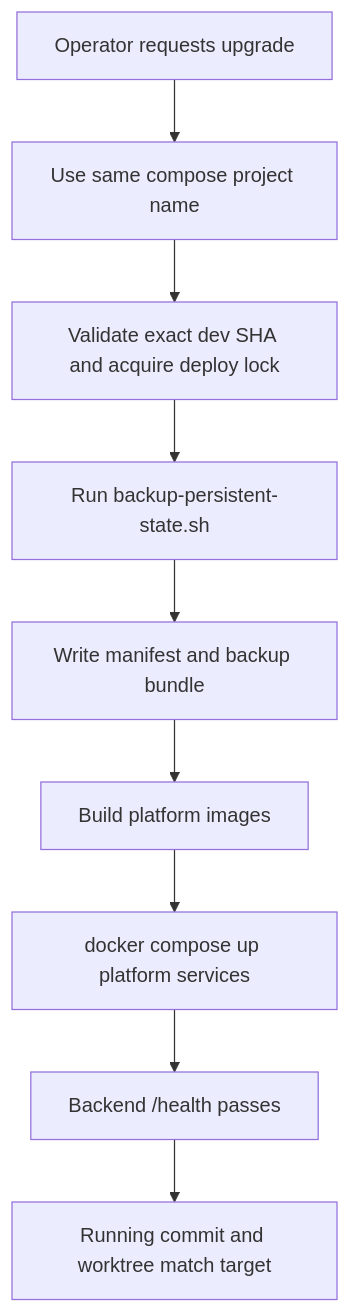
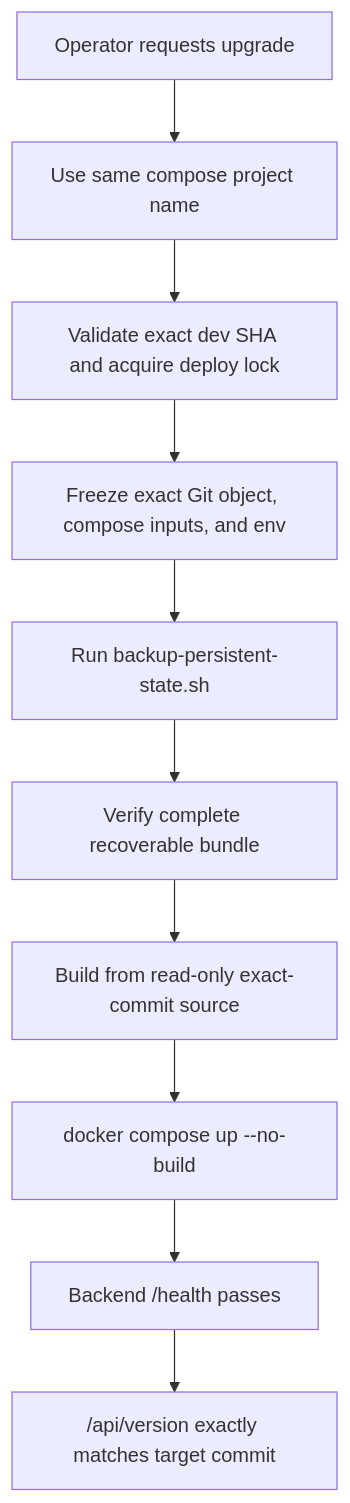
Before and after one commit to flashcrafter-ai-admin/trinity: the diagram in docs/memory/feature-flows/safe-upgrade-persistent-state.md, drawn with Mermaid. The commit also changed other lines of this file and 18 other files, not shown here.

````diff
--- a/docs/memory/feature-flows/safe-upgrade-persistent-state.md
+++ b/docs/memory/feature-flows/safe-upgrade-persistent-state.md
@@ -21,11 +21,12 @@
 ```mermaid
 flowchart TD
   A["Operator requests upgrade"] --> B["Use same compose project name"]
   B --> C["Validate exact dev SHA and acquire deploy lock"]
-  C --> D["Run backup-persistent-state.sh"]
-  D --> E["Write manifest and backup bundle"]
-  E --> F["Build platform images"]
-  F --> G["docker compose up platform services"]
-  G --> H["Backend /health passes"]
-  H --> I["Running commit and worktree match target"]
+  C --> D["Freeze exact Git object, compose inputs, and env"]
+  D --> E["Run backup-persistent-state.sh"]
+  E --> F["Verify complete recoverable bundle"]
+  F --> G["Build from read-only exact-commit source"]
+  G --> H["docker compose up --no-build"]
+  H --> I["Backend /health passes"]
+  I --> J["/api/version exactly matches target commit"]
 ```
````
